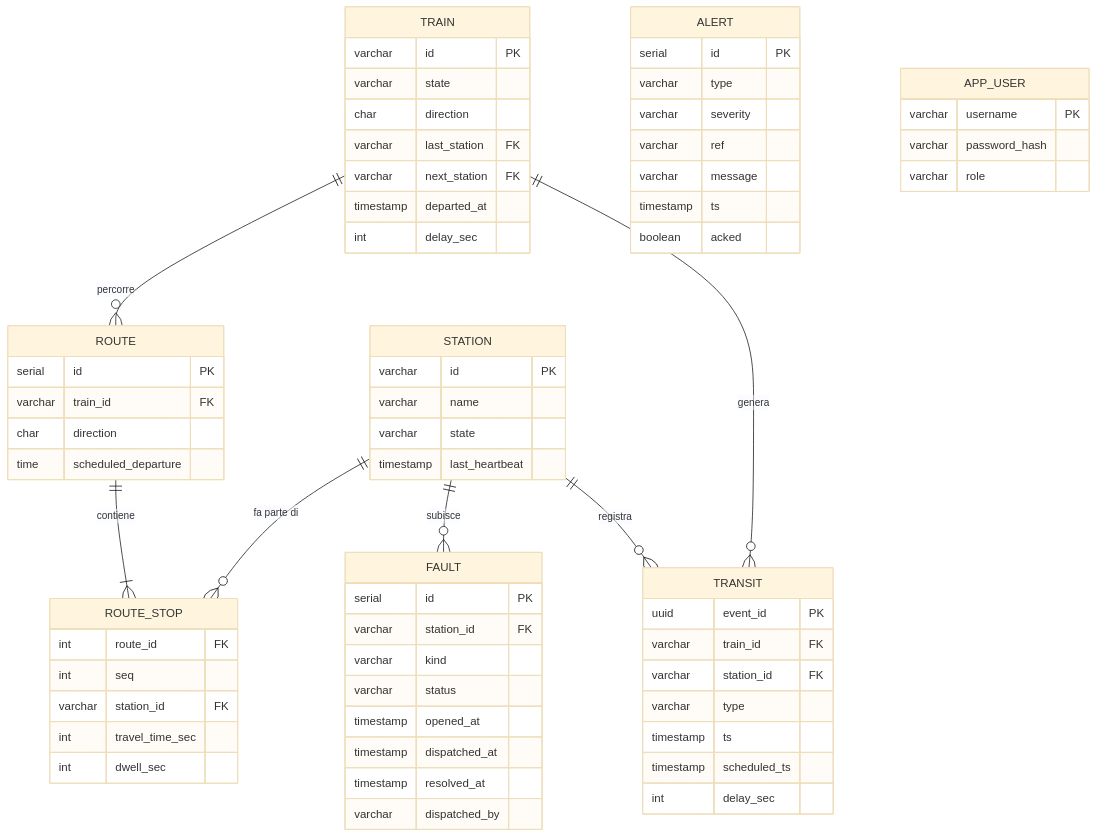
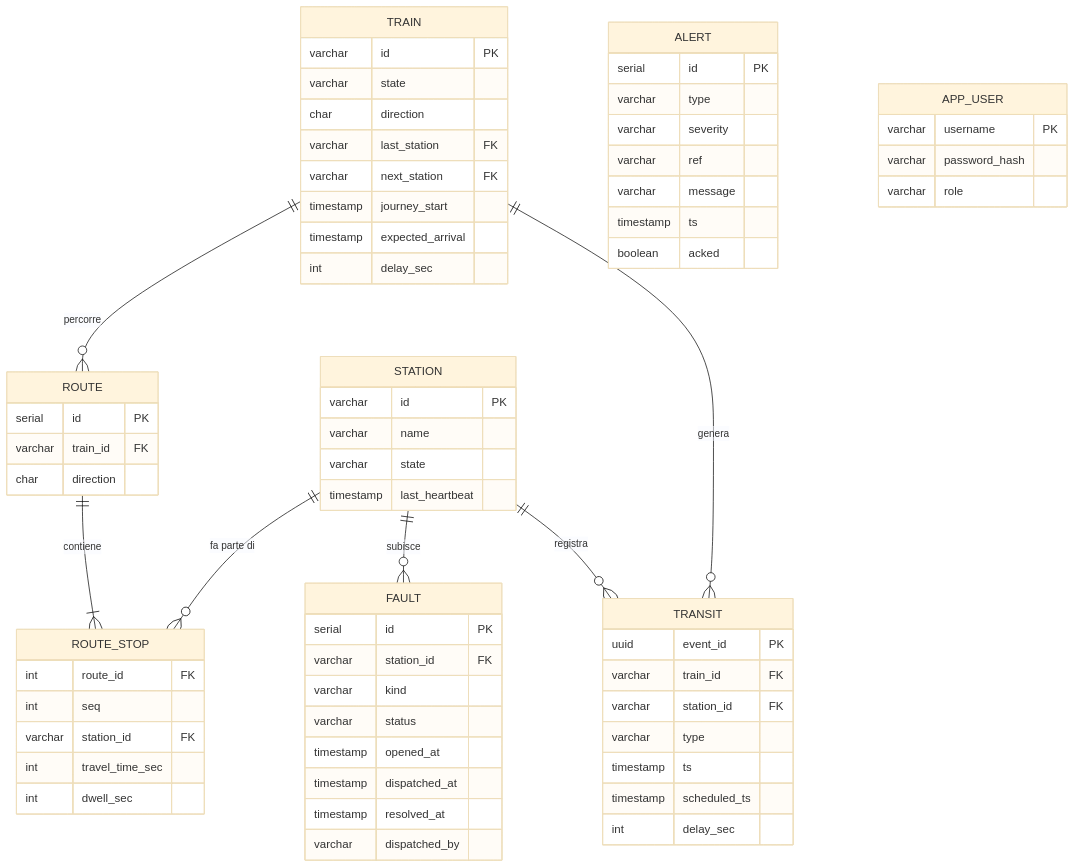
The third of 7 diagrams in docs/architettura.md (lucateofilo/PissirShared), drawn with Mermaid (base theme) before and after one commit. The commit also changed other lines of this file and 14 other files, not shown here.

````diff
--- a/docs/architettura.md
+++ b/docs/architettura.md
@@ -238,55 +238,55 @@
 ```mermaid
 erDiagram
   STATION ||--o{ ROUTE_STOP : "fa parte di"
   ROUTE ||--|{ ROUTE_STOP : contiene
   TRAIN ||--o{ ROUTE : percorre
   TRAIN ||--o{ TRANSIT : genera
   STATION ||--o{ TRANSIT : registra
   STATION ||--o{ FAULT : subisce
 
   STATION { varchar id PK
             varchar name
             varchar state
             timestamp last_heartbeat }
   TRAIN { varchar id PK
           varchar state
           char direction
           varchar last_station FK
           varchar next_station FK
-          timestamp departed_at
+          timestamp journey_start
+          timestamp expected_arrival
           int delay_sec }
   ROUTE { serial id PK
           varchar train_id FK
-          char direction
-          time scheduled_departure }
+          char direction }
   ROUTE_STOP { int route_id FK
                int seq
                varchar station_id FK
                int travel_time_sec
                int dwell_sec }
   TRANSIT { uuid event_id PK
             varchar train_id FK
             varchar station_id FK
             varchar type
             timestamp ts
             timestamp scheduled_ts
             int delay_sec }
   FAULT { serial id PK
           varchar station_id FK
           varchar kind
           varchar status
           timestamp opened_at
           timestamp dispatched_at
           timestamp resolved_at
           varchar dispatched_by }
   ALERT { serial id PK
           varchar type
           varchar severity
           varchar ref
           varchar message
           timestamp ts
           boolean acked }
   APP_USER { varchar username PK
              varchar password_hash
              varchar role }
 ```
````
